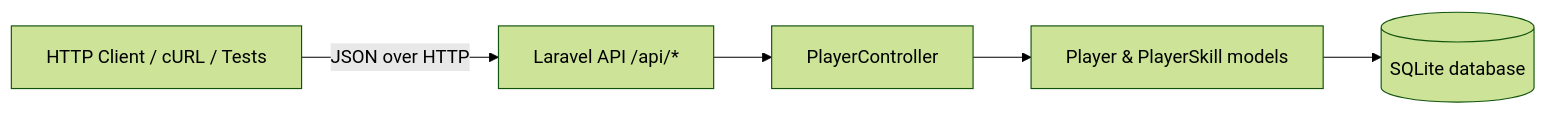
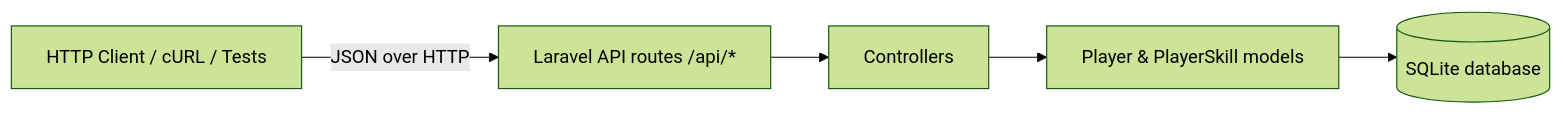
One commit to HidayahMF/RestFullPlayerApi changed the first of 3 diagrams in README.md. Above: the diagram before and after it, drawn with Mermaid (forest theme). The commit also changed other lines of this file, not shown here.

````diff
--- a/README.md
+++ b/README.md
@@ -25,7 +25,7 @@
 ```mermaid
 flowchart LR
-    CLIENT[HTTP Client / cURL / Tests] -->|JSON over HTTP| API[Laravel API /api/*]
-    API --> CTRL[PlayerController]
+    CLIENT[HTTP Client / cURL / Tests] -->|JSON over HTTP| ROUTES[Laravel API routes /api/*]
+    ROUTES --> CTRL[Controllers]
     CTRL --> MOD[Player & PlayerSkill models]
     MOD --> DB[(SQLite database)]
 ```
````
